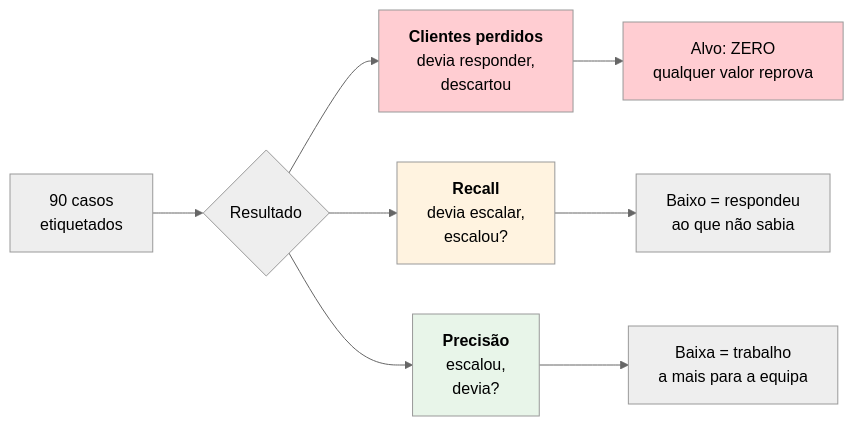
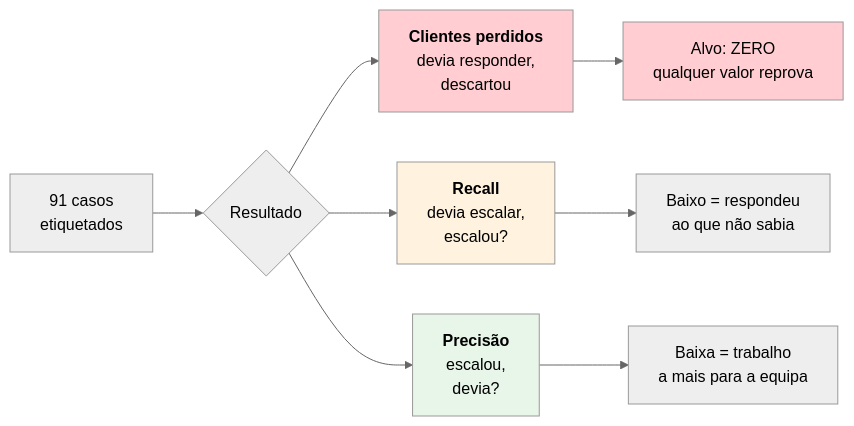
One commit to joaocarvalhini/Outlook-Reply-Assistant changed the diagram in docs/01-overview/problem-and-solution.md. Above: the diagram before and after it, drawn with Mermaid (neutral theme). The commit also changed 8 other files, not shown here.

````diff
--- a/docs/01-overview/problem-and-solution.md
+++ b/docs/01-overview/problem-and-solution.md
@@ -70,16 +70,16 @@
 ```mermaid
 flowchart LR
-    A["90 casos<br/>etiquetados"] --> B{"Resultado"}
+    A["91 casos<br/>etiquetados"] --> B{"Resultado"}
     B --> C["<b>Clientes perdidos</b><br/>devia responder,<br/>descartou"]
     B --> D["<b>Recall</b><br/>devia escalar,<br/>escalou?"]
     B --> E["<b>Precisão</b><br/>escalou,<br/>devia?"]
 
     C --> F["Alvo: ZERO<br/>qualquer valor reprova"]
     D --> G["Baixo = respondeu<br/>ao que não sabia"]
     E --> H["Baixa = trabalho<br/>a mais para a equipa"]
 
     style C fill:#ffcdd2
     style F fill:#ffcdd2
     style D fill:#fff3e0
     style E fill:#e8f5e9
 ```
````
